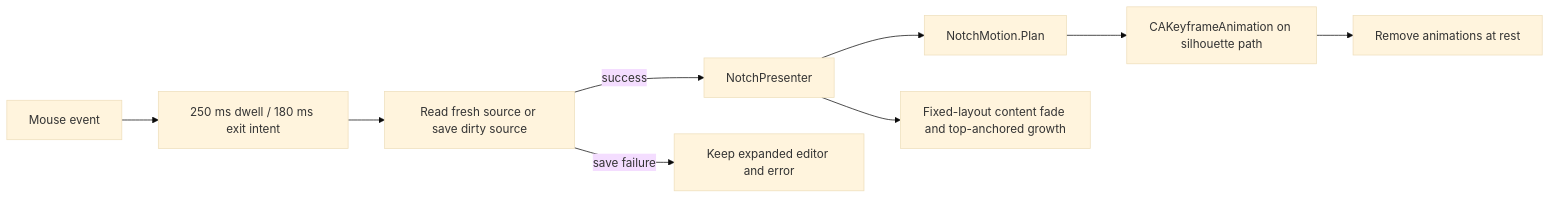
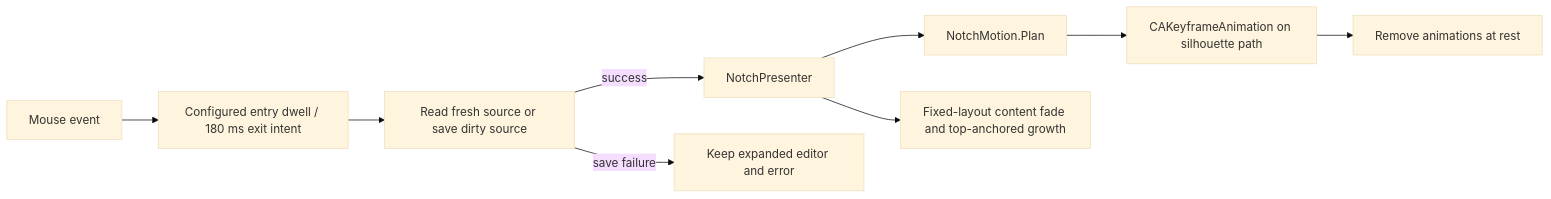
One commit to yihehe/scribbit changed the diagram in Docs/NOTCH-UX.md. Above: the diagram before and after it, drawn with Mermaid (base theme). The commit also changed other lines of this file and 16 other files, not shown here.

````diff
--- a/Docs/NOTCH-UX.md
+++ b/Docs/NOTCH-UX.md
@@ -44,11 +44,11 @@
 ```mermaid
 flowchart LR
-    Event[Mouse event] --> Intent[250 ms dwell / 180 ms exit intent]
+    Event[Mouse event] --> Intent[Configured entry dwell / 180 ms exit intent]
     Intent --> Session[Read fresh source or save dirty source]
     Session -->|success| Presenter[NotchPresenter]
     Session -->|save failure| Keep[Keep expanded editor and error]
     Presenter --> Plan[NotchMotion.Plan]
     Plan --> Mask[CAKeyframeAnimation on silhouette path]
     Presenter --> Content[Fixed-layout content fade and top-anchored growth]
     Mask --> Rest[Remove animations at rest]
 ```
````
